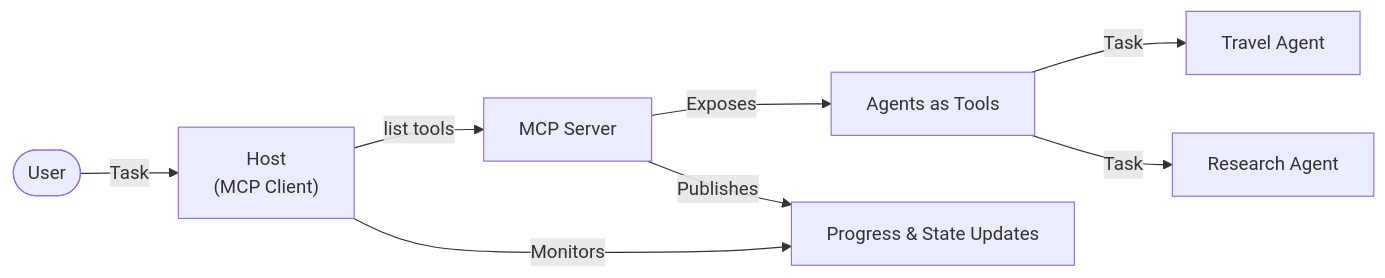
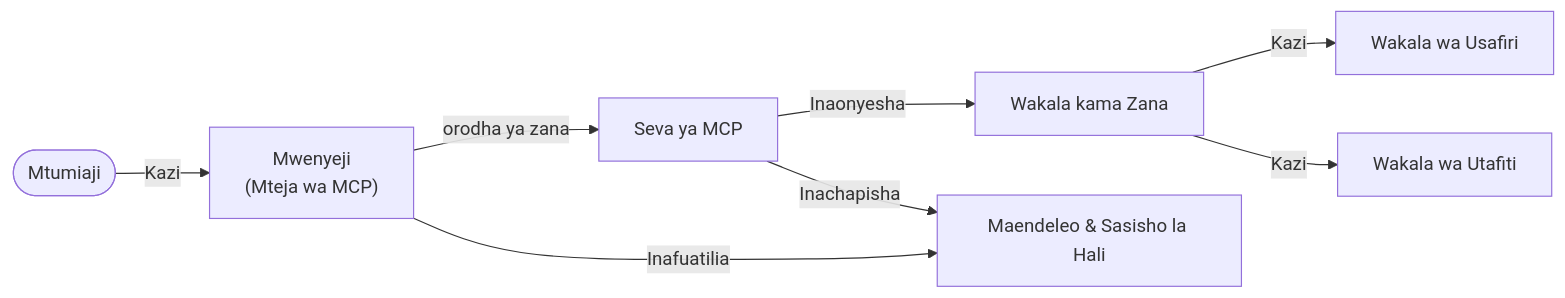
One commit to microsoft/ai-agents-for-beginners changed the fifth of 5 diagrams in translations/sw/11-agentic-protocols/code_samples/mcp-agents/README.md. Above: the diagram before and after it, drawn with Mermaid. The commit also changed other lines of this file and 222 other files, not shown here.

````diff
--- a/translations/sw/11-agentic-protocols/code_samples/mcp-agents/README.md
+++ b/translations/sw/11-agentic-protocols/code_samples/mcp-agents/README.md
@@ -433,15 +433,15 @@
 ```mermaid
 graph LR
-    User([User]) -->|"Task"| Host["Host<br/>(MCP Client)"]
-    Host -->|list tools| Server[MCP Server]
-    Server -->|Exposes| AgentsTools[Agents as Tools]
-    AgentsTools -->|Task| AgentA[Travel Agent]
-    AgentsTools -->|Task| AgentB[Research Agent]
+    User([Mtumiaji]) -->|"Kazi"| Host["Mwenyeji<br/>(Mteja wa MCP)"]
+    Host -->|orodha ya zana| Server[Seva ya MCP]
+    Server -->|Inaonyesha| AgentsTools[Wakala kama Zana]
+    AgentsTools -->|Kazi| AgentA[Wakala wa Usafiri]
+    AgentsTools -->|Kazi| AgentB[Wakala wa Utafiti]
 
-    Host -->|Monitors| StateUpdates[Progress & State Updates]
-    Server -->|Publishes| StateUpdates
+    Host -->|Inafuatilia| StateUpdates[Maendeleo & Sasisho la Hali]
+    Server -->|Inachapisha| StateUpdates
 
     class User user;
     class AgentA,AgentB agent;
     class Host,Server,StateUpdates core;
 ```
````
